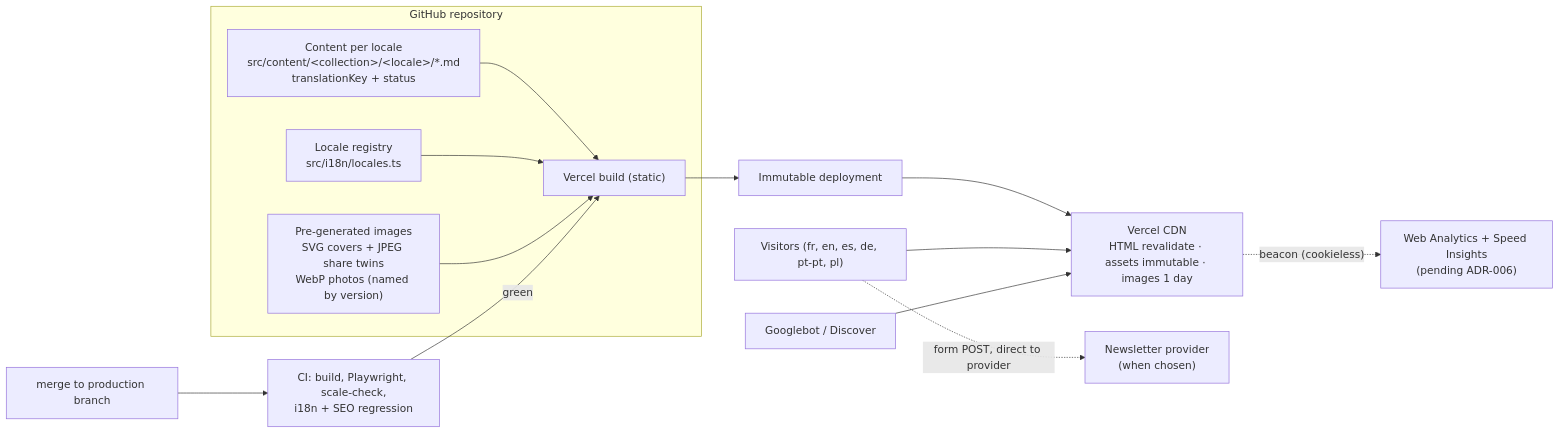
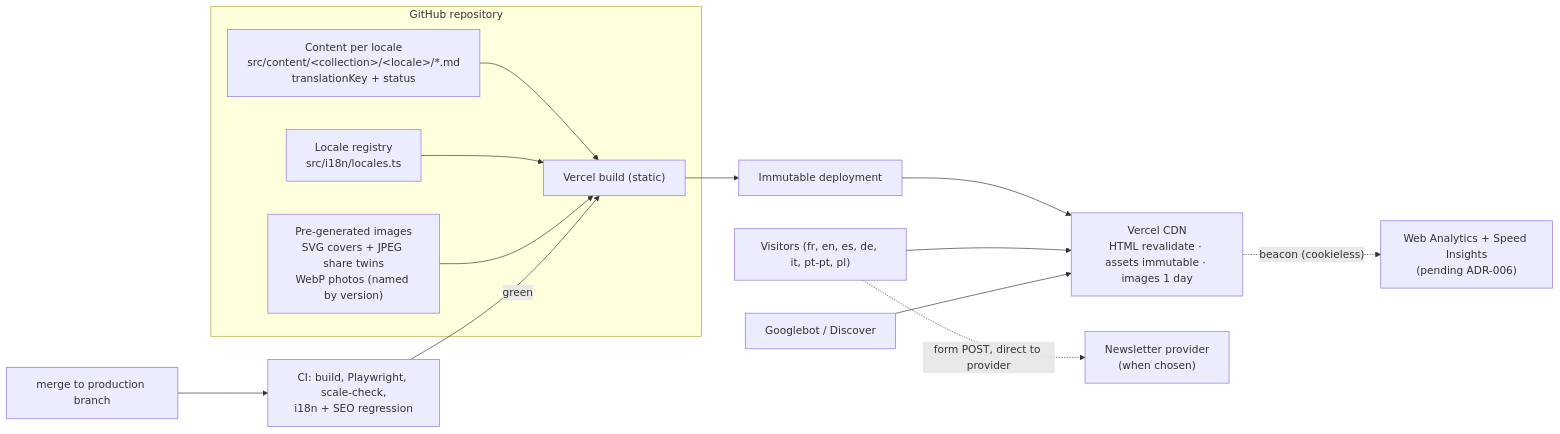
Before and after one commit to mountagad1/aloessential: the second of 2 diagrams in docs/architecture/TARGET_ARCHITECTURE.md, drawn with Mermaid. The commit also changed other lines of this file and 14 other files, not shown here.

First line of the commit message:
Lighter homepage photo on phones; Italian in the i18n architecture

````diff
--- a/docs/architecture/TARGET_ARCHITECTURE.md
+++ b/docs/architecture/TARGET_ARCHITECTURE.md
@@ -28,17 +28,17 @@
 ```mermaid
 flowchart LR
   subgraph Repo["GitHub repository"]
     Content["Content per locale<br/>src/content/&lt;collection&gt;/&lt;locale&gt;/*.md<br/>translationKey + status"] --> Build
     Locales["Locale registry<br/>src/i18n/locales.ts"] --> Build
     Media["Pre-generated images<br/>SVG covers + JPEG share twins<br/>WebP photos (named by version)"] --> Build
   end
   Push["merge to production branch"] --> CI["CI: build, Playwright, scale-check,<br/>i18n + SEO regression"]
   CI -->|"green"| Build["Vercel build (static)"]
   Build --> Deploy["Immutable deployment"]
   Deploy --> CDN["Vercel CDN<br/>HTML revalidate · assets immutable · images 1 day"]
-  User["Visitors (fr, en, es, de, pt-pt, pl)"] --> CDN
+  User["Visitors (fr, en, es, de, it, pt-pt, pl)"] --> CDN
   Crawler["Googlebot / Discover"] --> CDN
   CDN -. "beacon (cookieless)" .-> RUM["Web Analytics + Speed Insights<br/>(pending ADR-006)"]
   Newsletter["Newsletter provider<br/>(when chosen)"]
   User -. "form POST, direct to provider" .-> Newsletter
 ```
````
